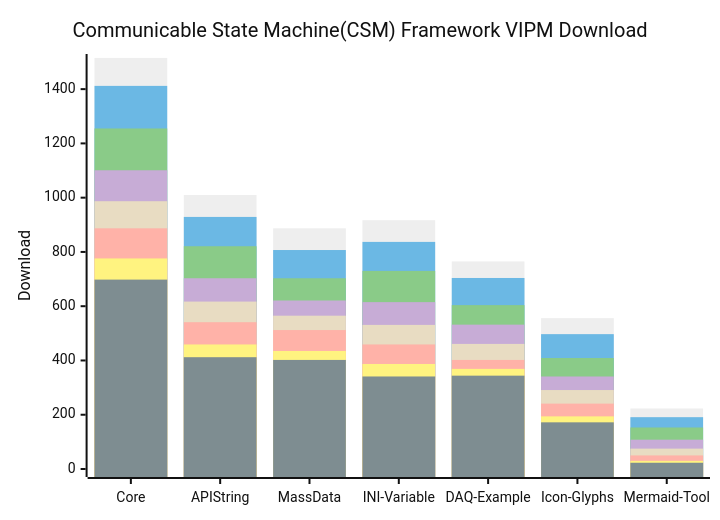
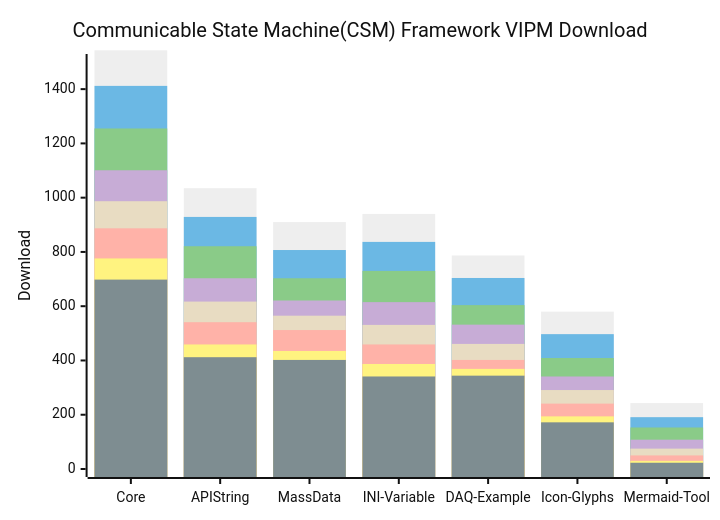
The diagram in profile/README.md (NEVSTOP-LAB/.github), drawn with Mermaid (neutral theme) before and after one commit.

````diff
--- a/profile/README.md
+++ b/profile/README.md
@@ -31,14 +31,14 @@
 ```mermaid
     xychart-beta
     title "Communicable State Machine(CSM) Framework VIPM Download"
     x-axis [Core, API String, MassData, INI-Variable, DAQ-Example, Icon-Glyphs, Mermaid-Tool]
     y-axis "Download" 0 --> 1500
-    bar   [1515, 1010, 887, 917, 765, 556, 223]
+    bar   [1543, 1035, 910, 940, 787, 580, 243]
     bar   [1412, 929, 807, 837, 704, 497, 191]
     bar   [1255, 821, 703, 730, 604, 409, 153]
     bar   [1101, 703, 621, 615, 532, 341, 108]
     bar   [987, 617, 565, 531, 461, 291, 75]
     bar   [887, 541, 512, 459, 402, 241, 50]
     bar   [776, 459, 435, 387, 369, 194, 30]
     bar   [698, 412, 402, 341, 344, 172, 23]
 ```
````
